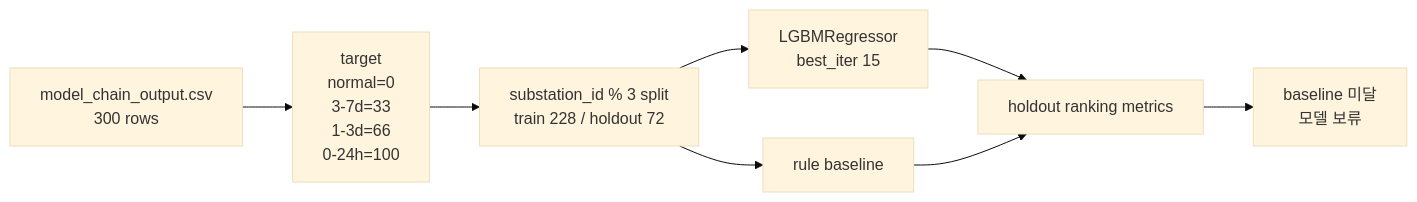
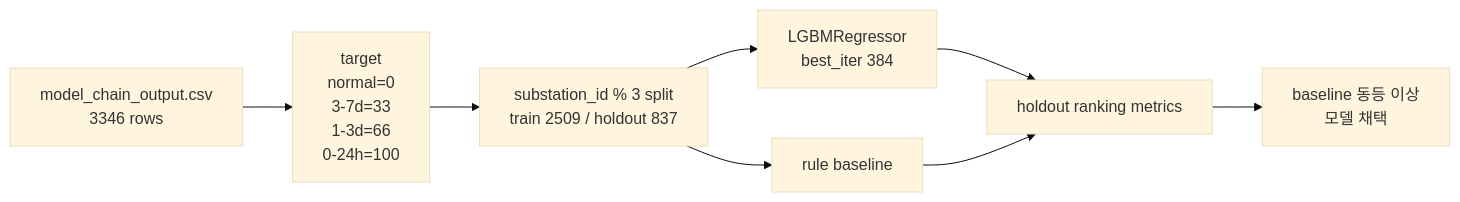
One commit to jiyang-lee/Heat_Grid_Agent changed the diagram in docs/report/proto/08_priority_retrain.md. Above: the diagram before and after it, drawn with Mermaid (base theme). The commit also changed other lines of this file and 32 other files, not shown here.

````diff
--- a/docs/report/proto/08_priority_retrain.md
+++ b/docs/report/proto/08_priority_retrain.md
@@ -48,10 +48,10 @@
 ```mermaid
 flowchart LR
-  CHAIN["model_chain_output.csv<br/>300 rows"] --> TARGET["target<br/>normal=0<br/>3-7d=33<br/>1-3d=66<br/>0-24h=100"]
-  TARGET --> SPLIT["substation_id % 3 split<br/>train 228 / holdout 72"]
-  SPLIT --> LGBM["LGBMRegressor<br/>best_iter 15"]
+  CHAIN["model_chain_output.csv<br/>3346 rows"] --> TARGET["target<br/>normal=0<br/>3-7d=33<br/>1-3d=66<br/>0-24h=100"]
+  TARGET --> SPLIT["substation_id % 3 split<br/>train 2509 / holdout 837"]
+  SPLIT --> LGBM["LGBMRegressor<br/>best_iter 384"]
   SPLIT --> RULE["rule baseline"]
   LGBM --> EVAL["holdout ranking metrics"]
   RULE --> EVAL
-  EVAL --> VERDICT["baseline 미달<br/>모델 보류"]
+  EVAL --> VERDICT["baseline 동등 이상<br/>모델 채택"]
 ```
````
